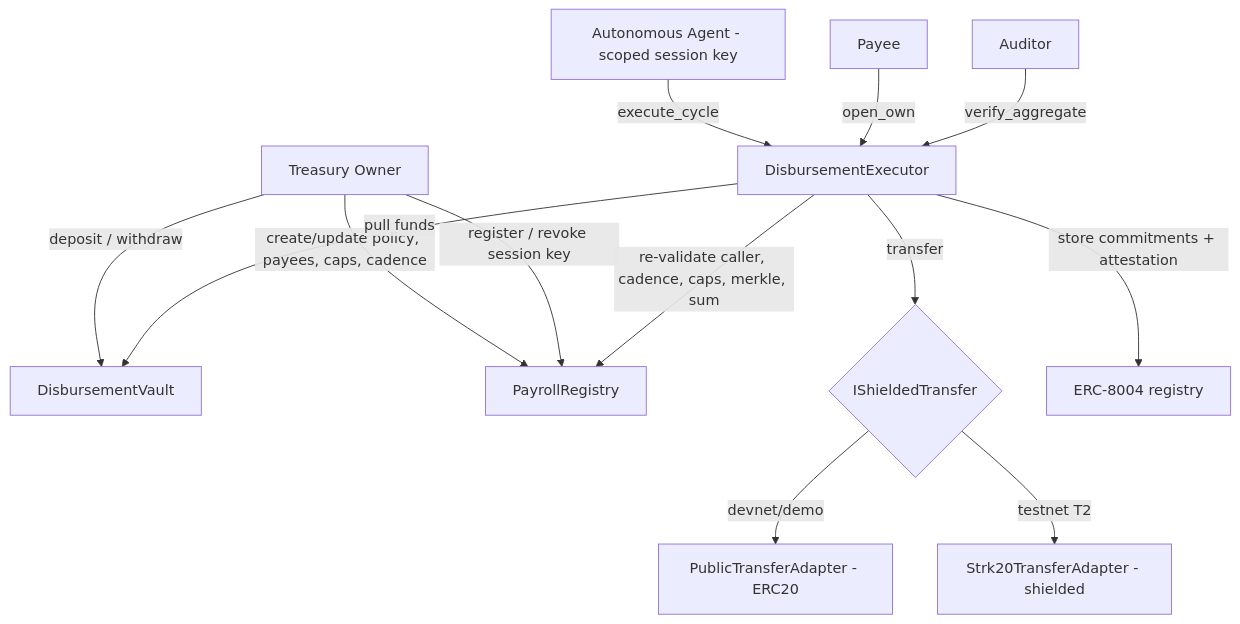
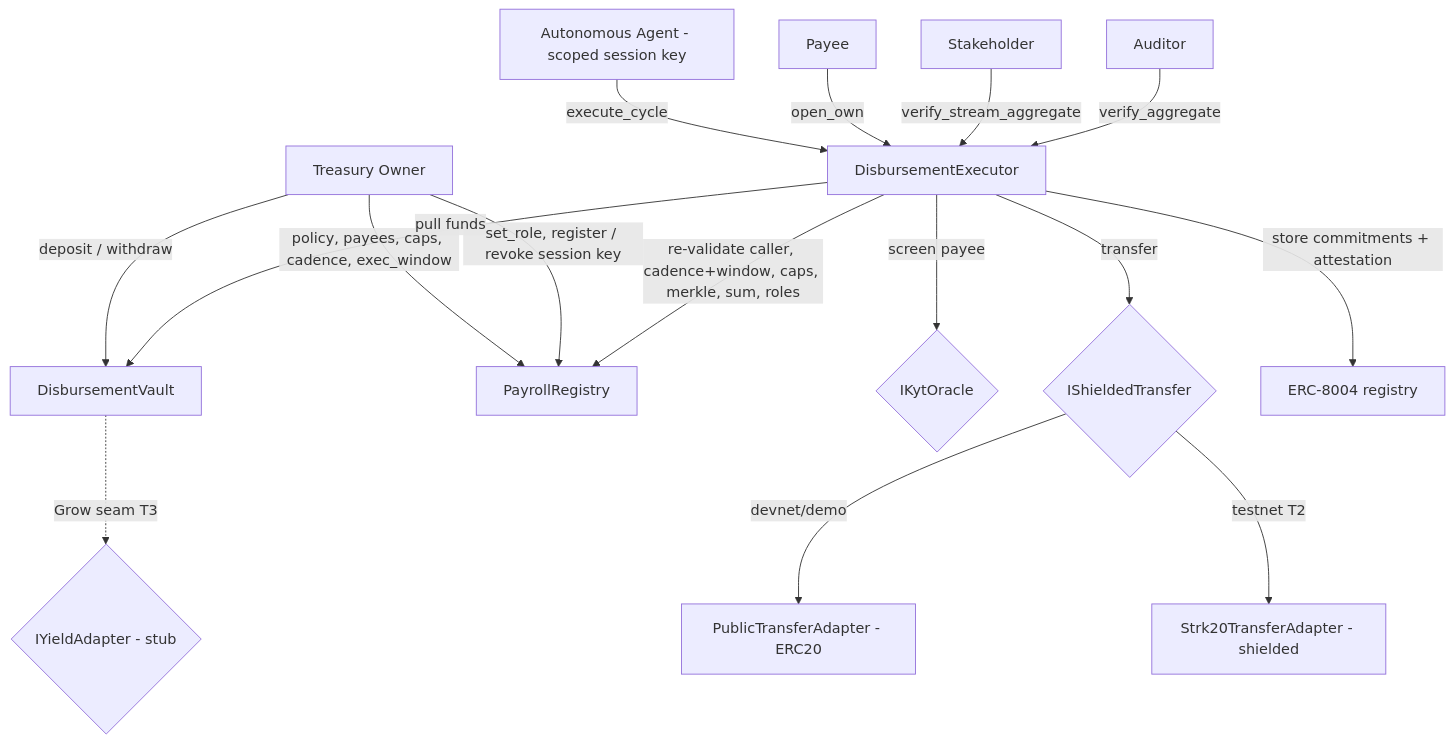
Before and after one commit to kunaldrall29/Chaum: the diagram in README.md, drawn with Mermaid. The commit also changed other lines of this file and 1 other file, not shown here.

````diff
--- a/README.md
+++ b/README.md
@@ -81,15 +87,18 @@
 ```mermaid
 flowchart TD
     Owner[Treasury Owner] -->|deposit / withdraw| Vault[DisbursementVault]
-    Owner -->|create/update policy, payees, caps, cadence| Registry[PayrollRegistry]
-    Owner -->|register / revoke session key| Registry
+    Owner -->|policy, payees, caps, cadence, exec_window| Registry[PayrollRegistry]
+    Owner -->|set_role, register / revoke session key| Registry
     Agent[Autonomous Agent - scoped session key] -->|execute_cycle| Exec[DisbursementExecutor]
-    Exec -->|re-validate caller, cadence, caps, merkle, sum| Registry
+    Exec -->|re-validate caller, cadence+window, caps, merkle, sum, roles| Registry
+    Exec -->|screen payee| Kyt{IKytOracle}
     Exec -->|pull funds| Vault
     Exec -->|transfer| Adapter{IShieldedTransfer}
     Adapter -->|devnet/demo| Pub[PublicTransferAdapter - ERC20]
     Adapter -->|testnet T2| Strk[Strk20TransferAdapter - shielded]
+    Vault -.->|Grow seam T3| Yield{IYieldAdapter - stub}
     Exec -->|store commitments + attestation| Reg8004[ERC-8004 registry]
     Payee[Payee] -->|open_own| Exec
+    Stakeholder[Stakeholder] -->|verify_stream_aggregate| Exec
     Auditor[Auditor] -->|verify_aggregate| Exec
 ```
````
